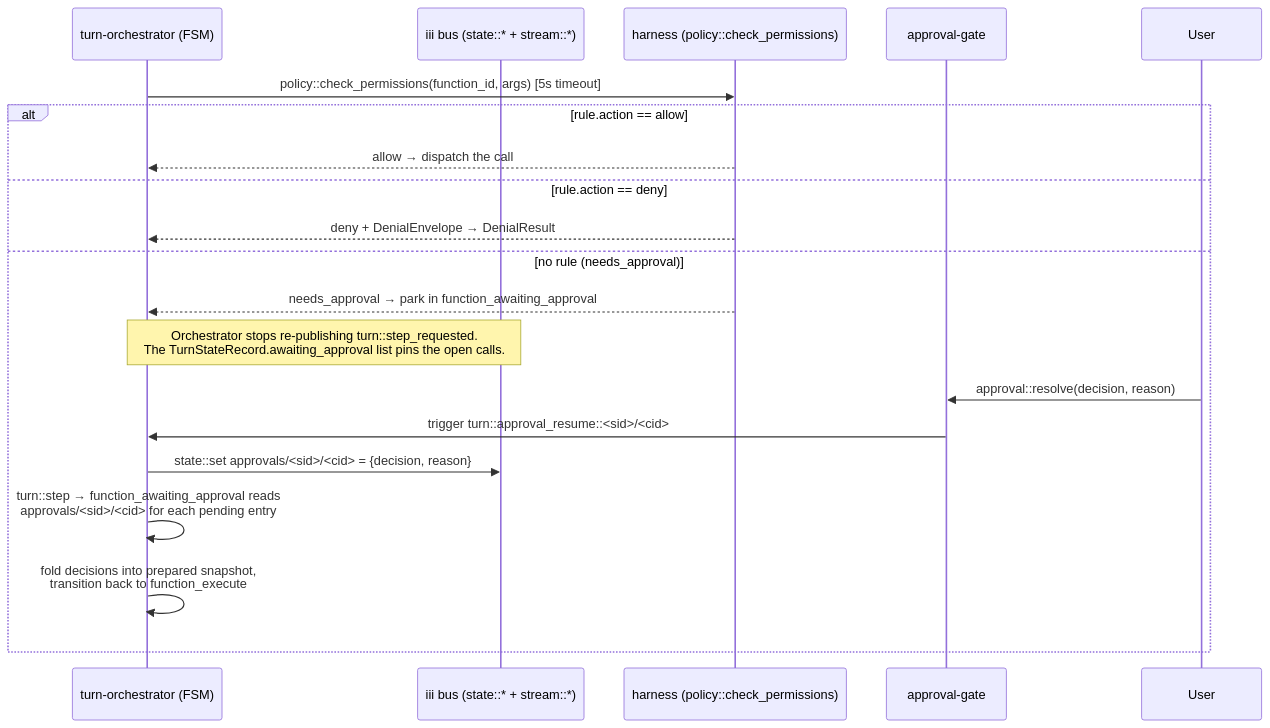
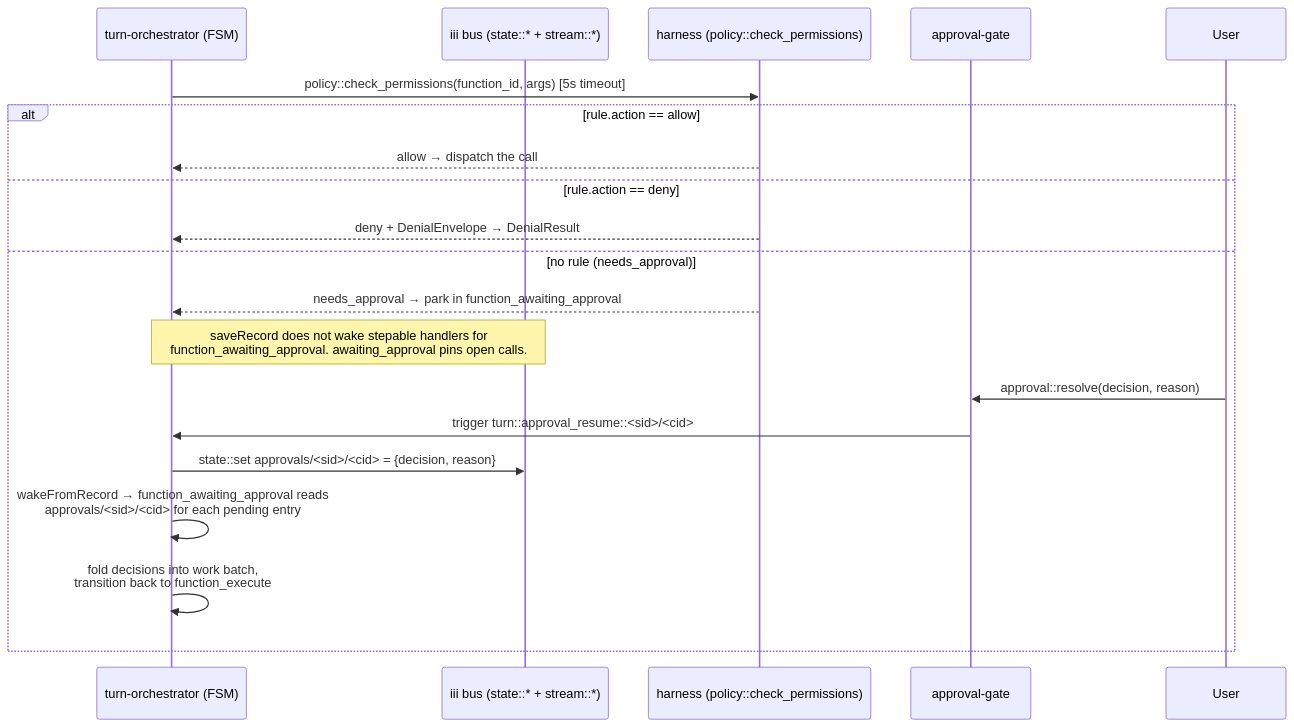
The third of 5 diagrams in harness/docs/architecture.md (iii-hq/workers), drawn with Mermaid before and after one commit. The commit also changed other lines of this file and 30 other files, not shown here.

First line of the commit message:
wip: turn-orchestrator cleanup in progress

````diff
--- a/harness/docs/architecture.md
+++ b/harness/docs/architecture.md
@@ -133,23 +135,23 @@
 ```mermaid
 sequenceDiagram
   participant Turn as turn-orchestrator (FSM)
   participant Bus as iii bus (state::* + stream::*)
   participant Harness as harness (policy::check_permissions)
   participant Gate as approval-gate
   participant User
 
   Turn->>Harness: policy::check_permissions(function_id, args) [5s timeout]
   alt rule.action == allow
     Harness-->>Turn: allow → dispatch the call
   else rule.action == deny
     Harness-->>Turn: deny + DenialEnvelope → DenialResult
   else no rule (needs_approval)
     Harness-->>Turn: needs_approval → park in function_awaiting_approval
-    Note over Turn,Bus: Orchestrator stops re-publishing turn::step_requested.<br/>The TurnStateRecord.awaiting_approval list pins the open calls.
+    Note over Turn,Bus: saveRecord does not wake stepable handlers for<br/>function_awaiting_approval. awaiting_approval pins open calls.
     User->>Gate: approval::resolve(decision, reason)
     Gate->>Turn: trigger turn::approval_resume::<sid>/<cid>
     Turn->>Bus: state::set approvals/<sid>/<cid> = {decision, reason}
-    Turn->>Turn: turn::step → function_awaiting_approval reads<br/>approvals/<sid>/<cid> for each pending entry
-    Turn->>Turn: fold decisions into prepared snapshot,<br/>transition back to function_execute
+    Turn->>Turn: wakeFromRecord → function_awaiting_approval reads<br/>approvals/<sid>/<cid> for each pending entry
+    Turn->>Turn: fold decisions into work batch,<br/>transition back to function_execute
   end
 ```
````
